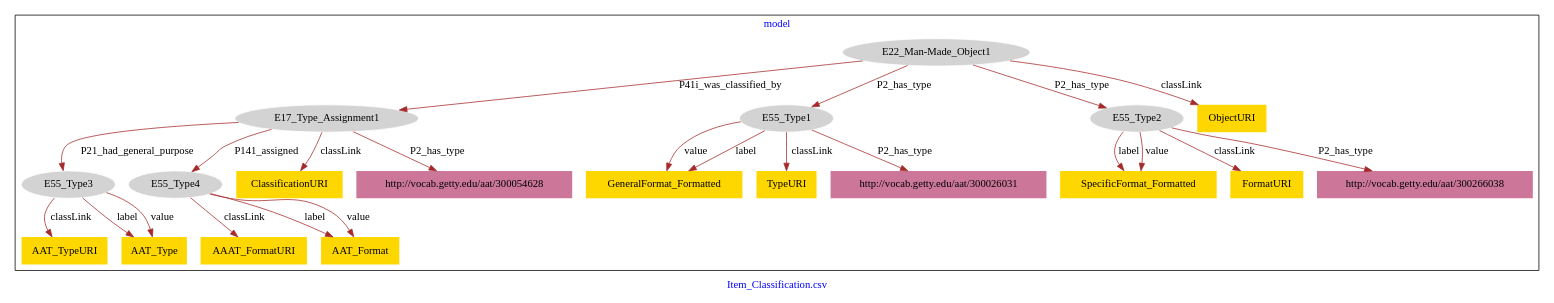
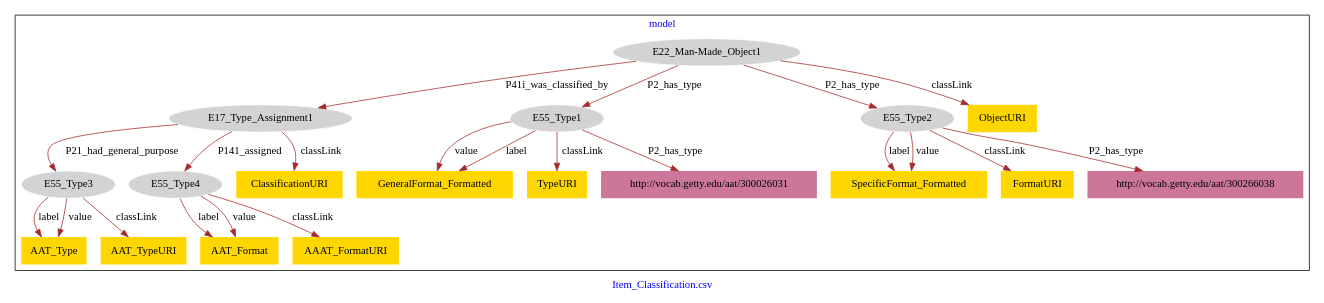
The diagram in Item_Classification/Item_Classification-model.dot (american-art/aaa), drawn with Graphviz before and after one commit.

Commit message:
Update file Item_Classification-model.dot

```diff
--- a/Item_Classification/Item_Classification-model.dot
+++ b/Item_Classification/Item_Classification-model.dot
@@ -1,49 +1,47 @@
 digraph n0 {
 fontcolor="blue"
 remincross="true"
 label="Item_Classification.csv"
 subgraph cluster {
 label="model"
 n2[style="filled",color="white",fillcolor="lightgray",label="E17_Type_Assignment1"];
 n3[style="filled",color="white",fillcolor="lightgray",label="E55_Type3"];
 n4[style="filled",color="white",fillcolor="lightgray",label="E55_Type4"];
 n5[style="filled",color="white",fillcolor="lightgray",label="E22_Man-Made_Object1"];
 n6[style="filled",color="white",fillcolor="lightgray",label="E55_Type1"];
 n7[style="filled",color="white",fillcolor="lightgray",label="E55_Type2"];
-n8[shape="plaintext",style="filled",fillcolor="gold",label="AAAT_FormatURI"];
-n9[shape="plaintext",style="filled",fillcolor="gold",label="ObjectURI"];
-n10[shape="plaintext",style="filled",fillcolor="gold",label="GeneralFormat_Formatted"];
-n11[shape="plaintext",style="filled",fillcolor="gold",label="AAT_TypeURI"];
-n12[shape="plaintext",style="filled",fillcolor="gold",label="AAT_Format"];
-n13[shape="plaintext",style="filled",fillcolor="gold",label="SpecificFormat_Formatted"];
-n14[shape="plaintext",style="filled",fillcolor="gold",label="TypeURI"];
-n15[shape="plaintext",style="filled",fillcolor="gold",label="ClassificationURI"];
-n16[shape="plaintext",style="filled",fillcolor="gold",label="FormatURI"];
-n17[shape="plaintext",style="filled",fillcolor="gold",label="AAT_Type"];
-n18[shape="plaintext",style="filled",fillcolor="#CC7799",label="http://vocab.getty.edu/aat/300054628"];
-n19[shape="plaintext",style="filled",fillcolor="#CC7799",label="http://vocab.getty.edu/aat/300026031"];
-n20[shape="plaintext",style="filled",fillcolor="#CC7799",label="http://vocab.getty.edu/aat/300266038"];
+n8[shape="plaintext",style="filled",fillcolor="gold",label="GeneralFormat_Formatted"];
+n9[shape="plaintext",style="filled",fillcolor="gold",label="AAT_Format"];
+n10[shape="plaintext",style="filled",fillcolor="gold",label="AAAT_FormatURI"];
+n11[shape="plaintext",style="filled",fillcolor="gold",label="TypeURI"];
+n12[shape="plaintext",style="filled",fillcolor="gold",label="AAT_Type"];
+n13[shape="plaintext",style="filled",fillcolor="gold",label="ObjectURI"];
+n14[shape="plaintext",style="filled",fillcolor="gold",label="AAT_TypeURI"];
+n15[shape="plaintext",style="filled",fillcolor="gold",label="SpecificFormat_Formatted"];
+n16[shape="plaintext",style="filled",fillcolor="gold",label="ClassificationURI"];
+n17[shape="plaintext",style="filled",fillcolor="gold",label="FormatURI"];
+n18[shape="plaintext",style="filled",fillcolor="#CC7799",label="http://vocab.getty.edu/aat/300026031"];
+n19[shape="plaintext",style="filled",fillcolor="#CC7799",label="http://vocab.getty.edu/aat/300266038"];
 }
 n2 -> n3[color="brown",fontcolor="black",label="P21_had_general_purpose"]
 n2 -> n4[color="brown",fontcolor="black",label="P141_assigned"]
 n5 -> n2[color="brown",fontcolor="black",label="P41i_was_classified_by"]
 n5 -> n6[color="brown",fontcolor="black",label="P2_has_type"]
 n5 -> n7[color="brown",fontcolor="black",label="P2_has_type"]
-n4 -> n8[color="brown",fontcolor="black",label="classLink"]
-n5 -> n9[color="brown",fontcolor="black",label="classLink"]
-n6 -> n10[color="brown",fontcolor="black",label="value"]
-n3 -> n11[color="brown",fontcolor="black",label="classLink"]
-n4 -> n12[color="brown",fontcolor="black",label="label"]
-n7 -> n13[color="brown",fontcolor="black",label="label"]
-n6 -> n14[color="brown",fontcolor="black",label="classLink"]
-n2 -> n15[color="brown",fontcolor="black",label="classLink"]
-n7 -> n16[color="brown",fontcolor="black",label="classLink"]
-n3 -> n17[color="brown",fontcolor="black",label="label"]
-n4 -> n12[color="brown",fontcolor="black",label="value"]
-n6 -> n10[color="brown",fontcolor="black",label="label"]
-n3 -> n17[color="brown",fontcolor="black",label="value"]
-n2 -> n18[color="brown",fontcolor="black",label="P2_has_type"]
-n7 -> n13[color="brown",fontcolor="black",label="value"]
-n6 -> n19[color="brown",fontcolor="black",label="P2_has_type"]
-n7 -> n20[color="brown",fontcolor="black",label="P2_has_type"]
+n6 -> n8[color="brown",fontcolor="black",label="value"]
+n4 -> n9[color="brown",fontcolor="black",label="label"]
+n4 -> n10[color="brown",fontcolor="black",label="classLink"]
+n6 -> n11[color="brown",fontcolor="black",label="classLink"]
+n3 -> n12[color="brown",fontcolor="black",label="label"]
+n5 -> n13[color="brown",fontcolor="black",label="classLink"]
+n3 -> n14[color="brown",fontcolor="black",label="classLink"]
+n7 -> n15[color="brown",fontcolor="black",label="label"]
+n2 -> n16[color="brown",fontcolor="black",label="classLink"]
+n7 -> n17[color="brown",fontcolor="black",label="classLink"]
+n6 -> n8[color="brown",fontcolor="black",label="label"]
+n6 -> n18[color="brown",fontcolor="black",label="P2_has_type"]
+n4 -> n9[color="brown",fontcolor="black",label="value"]
+n3 -> n12[color="brown",fontcolor="black",label="value"]
+n7 -> n15[color="brown",fontcolor="black",label="value"]
+n7 -> n19[color="brown",fontcolor="black",label="P2_has_type"]
 }
```
